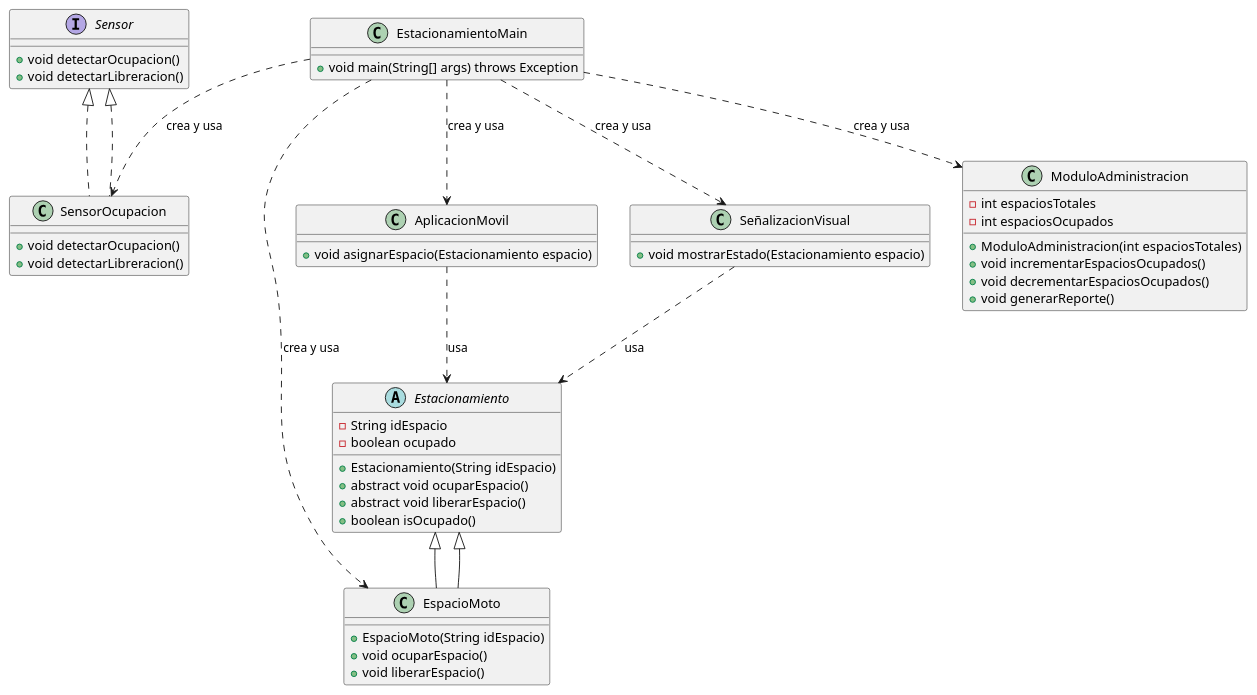
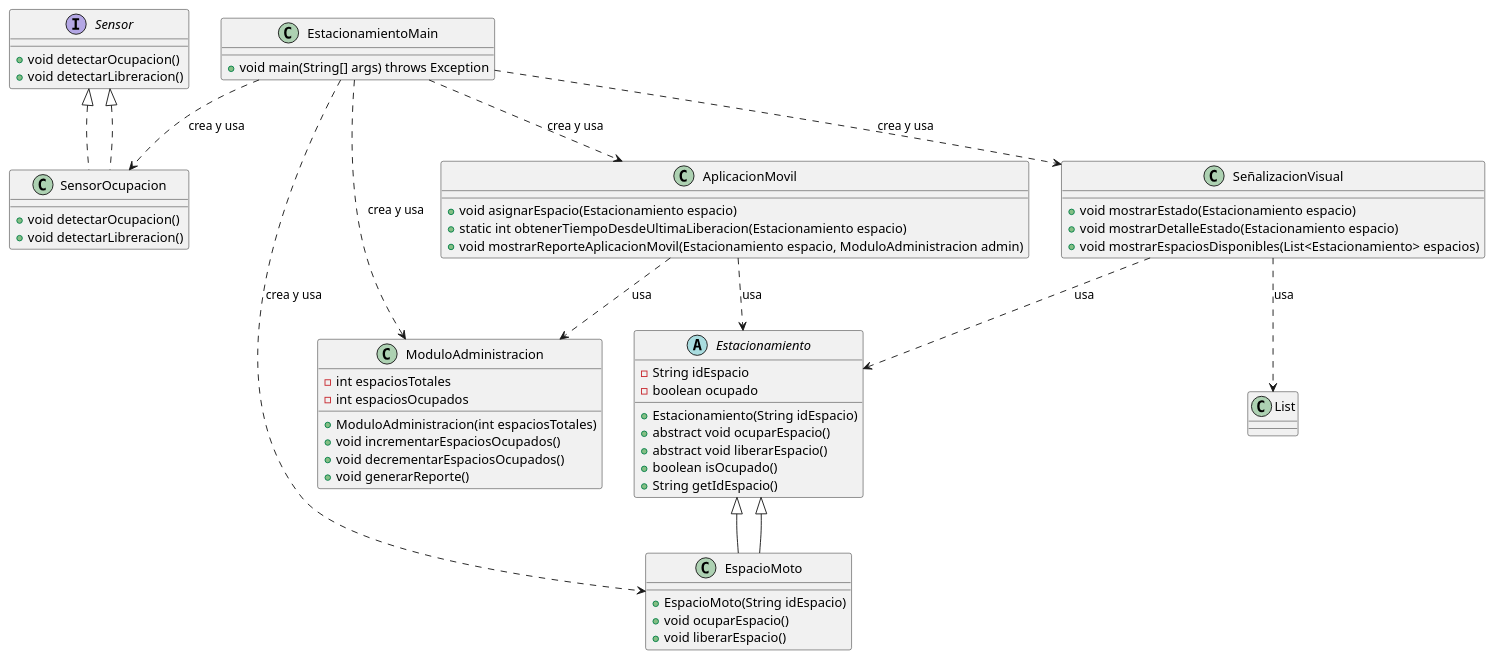
The diagram in SIGEE/src/Diagrama.Puml (CesarRs1010/Trabajo_Grupo_Poo), drawn with PlantUML before and after one commit.

Commit message:
he actualizado el Diagrama

```diff
--- a/SIGEE/src/Diagrama.Puml
+++ b/SIGEE/src/Diagrama.Puml
@@ -1,59 +1,66 @@
-@startuml
+@startuml Diagrama
 
 interface Sensor {
     +void detectarOcupacion()
     +void detectarLibreracion()
 }
 
 abstract class Estacionamiento {
     - String idEspacio
     - boolean ocupado
     + Estacionamiento(String idEspacio)
     + abstract void ocuparEspacio()
     + abstract void liberarEspacio()
     + boolean isOcupado()
+    + String getIdEspacio()
 }
 
 class EspacioMoto extends Estacionamiento {
     + EspacioMoto(String idEspacio)
     + void ocuparEspacio()
     + void liberarEspacio()
 }
 
 class SensorOcupacion implements Sensor {
     + void detectarOcupacion()
     + void detectarLibreracion()
 }
 
 class AplicacionMovil {
     + void asignarEspacio(Estacionamiento espacio)
+    + static int obtenerTiempoDesdeUltimaLiberacion(Estacionamiento espacio)
+    + void mostrarReporteAplicacionMovil(Estacionamiento espacio, ModuloAdministracion admin)
 }
 
 class SeñalizacionVisual {
     + void mostrarEstado(Estacionamiento espacio)
+    + void mostrarDetalleEstado(Estacionamiento espacio)
+    + void mostrarEspaciosDisponibles(List<Estacionamiento> espacios)
 }
 
 class ModuloAdministracion {
     - int espaciosTotales
     - int espaciosOcupados
     + ModuloAdministracion(int espaciosTotales)
     + void incrementarEspaciosOcupados()
     + void decrementarEspaciosOcupados()
     + void generarReporte()
 }
 
 class EstacionamientoMain {
     + void main(String[] args) throws Exception
 }
 
 Estacionamiento <|-- EspacioMoto
 Sensor <|.. SensorOcupacion
 EstacionamientoMain ..> AplicacionMovil : "crea y usa"
 EstacionamientoMain ..> EspacioMoto : "crea y usa"
 EstacionamientoMain ..> SensorOcupacion : "crea y usa"
 EstacionamientoMain ..> SeñalizacionVisual : "crea y usa"
 EstacionamientoMain ..> ModuloAdministracion : "crea y usa"
 AplicacionMovil ..> Estacionamiento : "usa"
+AplicacionMovil ..> ModuloAdministracion : "usa"
 SeñalizacionVisual ..> Estacionamiento : "usa"
+SeñalizacionVisual ..> List : "usa"
 
 @enduml
```
